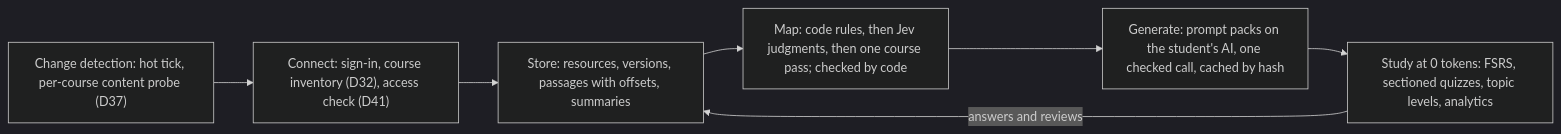
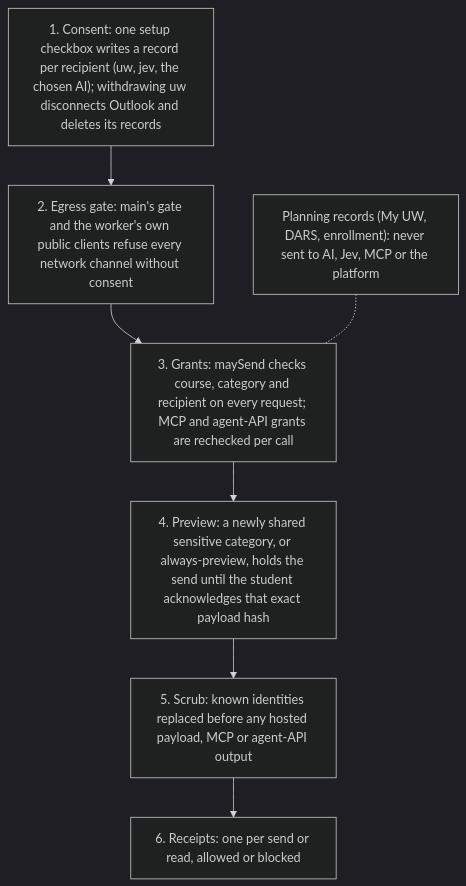
Before and after one commit to benverhaalen/magic-uw: the third of 3 diagrams in docs/course-backend-architecture.md, drawn with Mermaid (dark theme). The commit also changed other lines of this file and 2 other files, not shown here.

First line of the commit message:
docs: professional platform, business and architecture documentation

````diff
--- a/docs/course-backend-architecture.md
+++ b/docs/course-backend-architecture.md
@@ -127,10 +170,10 @@
 ```mermaid
-flowchart LR
-  P["Change detection: hot tick, per-course content probe (D37)"] --> A
-  A["Connect: sign-in, course inventory (D32), access check (D41)"] --> B
-  B["Store: resources, versions, passages with offsets, summaries"] --> C
-  C["Map: code rules, then Jev judgments, then one course pass; checked by code"] --> D
-  D["Generate: prompt packs on the student's AI, one checked call, cached by hash"] --> E
-  E["Study at 0 tokens: FSRS, sectioned quizzes, topic levels, analytics"]
-  E -->|"answers and reviews"| B
+flowchart TB
+  A["1. Consent: one setup checkbox writes a record per recipient (uw, jev, the chosen AI); withdrawing uw disconnects Outlook and deletes its records"] --> B
+  B["2. Egress gate: main's gate and the worker's own public clients refuse every network channel without consent"] --> C
+  C["3. Grants: maySend checks course, category and recipient on every request; MCP and agent-API grants are rechecked per call"] --> D
+  D["4. Preview: a newly shared sensitive category, or always-preview, holds the send until the student acknowledges that exact payload hash"] --> E
+  E["5. Scrub: known identities replaced before any hosted payload, MCP or agent-API output"] --> F
+  F["6. Receipts: one per send or read, allowed or blocked"]
+  P["Planning records (My UW, DARS, enrollment): never sent to AI, Jev, MCP or the platform"] -.- C
 ```
````
